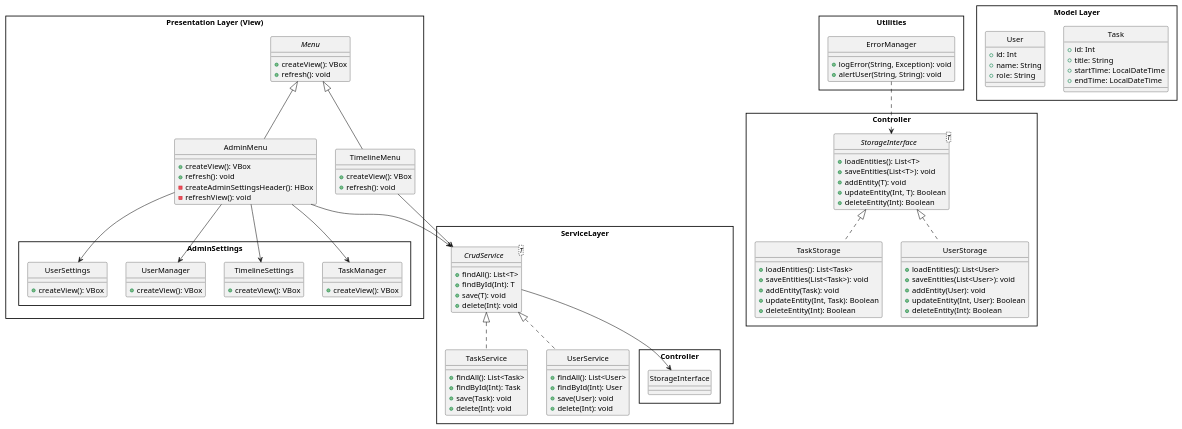
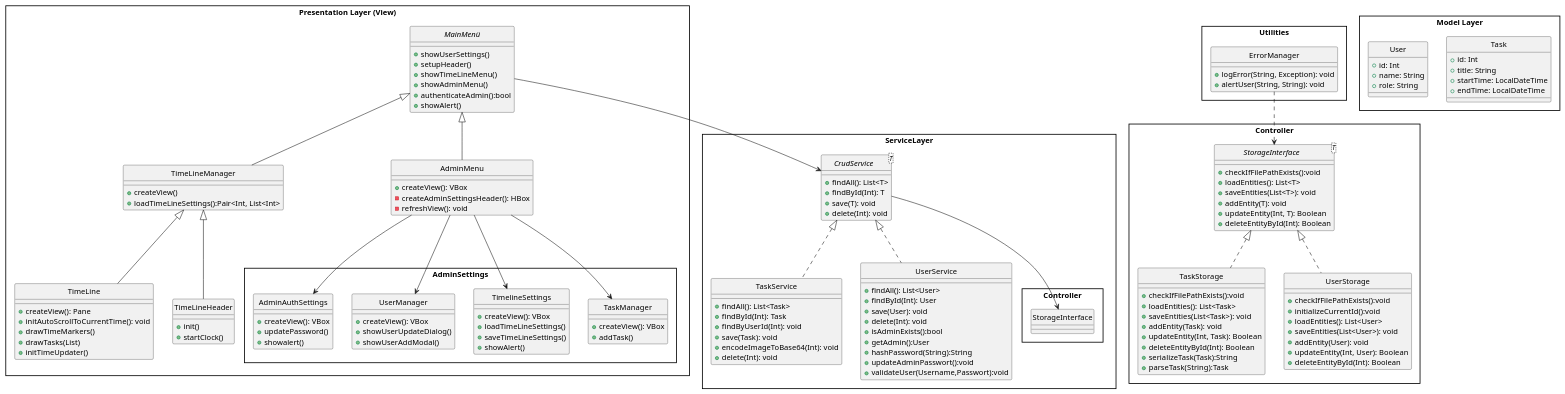
Before and after one commit to ReniIrinyi/FocusFlow: the diagram in src/u_m_l-_class_diagram.puml, drawn with PlantUML. The commit also changed 18 other files, not shown here.

```diff
--- a/src/u_m_l-_class_diagram.puml
+++ b/src/u_m_l-_class_diagram.puml
@@ -1,134 +1,175 @@
 @startuml
 skinparam style strictuml
 skinparam packageStyle rectangle
 
 package "Presentation Layer (View)" {
-  interface Menu {
-    + createView(): VBox
-    + refresh(): void
+  interface MainMenü {
+    + showUserSettings()
+    + setupHeader()
+    + showTimeLineMenu()
+    + showAdminMenu()
+    + authenticateAdmin():bool
+    + showAlert()
   }
 
-  class TimelineMenu {
-    + createView(): VBox
-    + refresh(): void
+  class TimeLineManager {
+    + createView()
+    + loadTimeLineSettings():Pair<Int, List<Int>
   }
+
+  class TimeLine{
+      + createView(): Pane
+      + initAutoScrollToCurrentTime(): void
+      + drawTimeMarkers()
+      + drawTasks(List)
+      + initTimeUpdater()
+  }
+
+  class TimeLineHeader{
+    + init()
+    + startClock()
+  }
+
+  TimeLineManager <|--TimeLineHeader
+  TimeLineManager <|--TimeLine
 
   class AdminMenu {
     + createView(): VBox
-    + refresh(): void
     - createAdminSettingsHeader(): HBox
     - refreshView(): void
   }
 
-  Menu <|-- TimelineMenu
-  Menu <|-- AdminMenu
+  MainMenü <|-- TimeLineManager
+  MainMenü <|-- AdminMenu
 
   package "AdminSettings" {
     class TaskManager {
       + createView(): VBox
+      + addTask()
     }   
     class TimelineSettings {
       + createView(): VBox
+      + loadTimeLineSettings()
+      + saveTimeLineSettings()
+      + showAlert()
     }
 
     class UserManager {
       + createView(): VBox
+      + showUserUpdateDialog()
+      + showUserAddModal()
+
     }
 
-    class UserSettings {
+    class AdminAuthSettings {
       + createView(): VBox
+      + updatePassword()
+      + showalert()
     }
   }
 
+  AdminMenu --> AdminSettings.TaskManager
+  AdminMenu --> AdminSettings.AdminAuthSettings
+  AdminMenu --> AdminSettings.UserManager
   AdminMenu --> AdminSettings.TimelineSettings
-  AdminMenu --> AdminSettings.UserManager
-  AdminMenu --> AdminSettings.UserSettings
-  AdminMenu --> AdminSettings.TaskManager
 }
 
 package "ServiceLayer" {
   interface CrudService<T> {
     + findAll(): List<T>
     + findById(Int): T
     + save(T): void
     + delete(Int): void
   }
 
   class TaskService {
     + findAll(): List<Task>
     + findById(Int): Task
+    + findByUserId(Int): void
     + save(Task): void
+    + encodeImageToBase64(Int): void
     + delete(Int): void
   }
 
   class UserService {
     + findAll(): List<User>
     + findById(Int): User
     + save(User): void
     + delete(Int): void
+    + isAdminExists():bool
+    + getAdmin():User
+    + hashPassword(String):String
+    + updateAdminPasswort():void
+    + validateUser(Username,Passwort):void
   }
 
   CrudService <|.. TaskService
   CrudService <|.. UserService
 
 
-  TimelineMenu --> CrudService
-  AdminMenu --> CrudService
+  MainMenü --> CrudService
 
   CrudService --> Controller.StorageInterface
+
 }
 
 package Controller {
   interface StorageInterface<T> {
+       + checkIfFilePathExists():void
        + loadEntities(): List<T>
        + saveEntities(List<T>): void
        + addEntity(T): void
        + updateEntity(Int, T): Boolean
-       + deleteEntity(Int): Boolean
+       + deleteEntityById(Int): Boolean
      }
 
      class TaskStorage {
+       + checkIfFilePathExists():void
        + loadEntities(): List<Task>
        + saveEntities(List<Task>): void
        + addEntity(Task): void
        + updateEntity(Int, Task): Boolean
-       + deleteEntity(Int): Boolean
+       + deleteEntityById(Int): Boolean
+       + serializeTask(Task):String
+       + parseTask(String):Task
      }
 
      class UserStorage {
+       + checkIfFilePathExists():void
+       + initializeCurrentId():void
        + loadEntities(): List<User>
        + saveEntities(List<User>): void
        + addEntity(User): void
        + updateEntity(Int, User): Boolean
-       + deleteEntity(Int): Boolean
+       + deleteEntityById(Int): Boolean
      }
 
      StorageInterface <|.. TaskStorage
      StorageInterface <|.. UserStorage
 
 }
 
 package "Model Layer" {
   class Task {
     + id: Int
     + title: String
     + startTime: LocalDateTime
     + endTime: LocalDateTime
   }
 
   class User {
     + id: Int
     + name: String
     + role: String
   }
 }
 
 package "Utilities" {
   class ErrorManager {
     + logError(String, Exception): void
     + alertUser(String, String): void
   }
 
   ErrorManager ..> Controller.StorageInterface
 }
 @enduml
```
